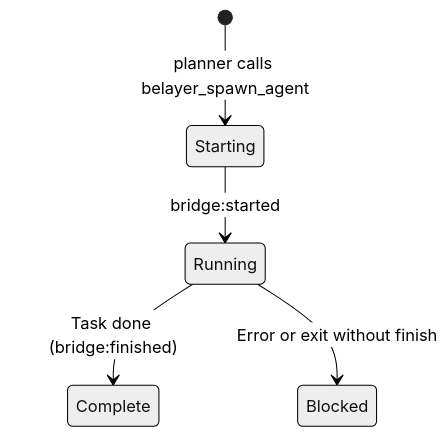
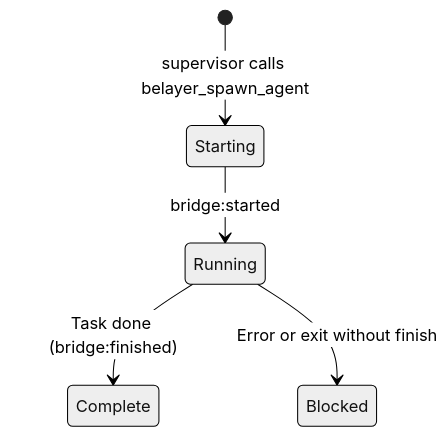
Before and after one commit to donovan-yohan/belayer: the sixth of 11 diagrams in docs/AGENT_ARCHITECTURE.md, drawn with Mermaid (neutral theme). The commit also changed other lines of this file and 2 other files, not shown here.

First line of the commit message:
docs: update architecture docs and prompts for supervisor rename and tool gating

````diff
--- a/docs/AGENT_ARCHITECTURE.md
+++ b/docs/AGENT_ARCHITECTURE.md
@@ -196,7 +196,7 @@
 ```mermaid
 stateDiagram-v2
-    [*] --> Starting: planner calls belayer_spawn_agent
+    [*] --> Starting: supervisor calls belayer_spawn_agent
     Starting --> Running: bridge:started
     Running --> Complete: Task done (bridge:finished)
     Running --> Blocked: Error or exit without finish
 ```
````
